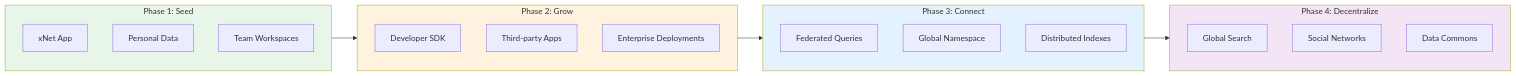
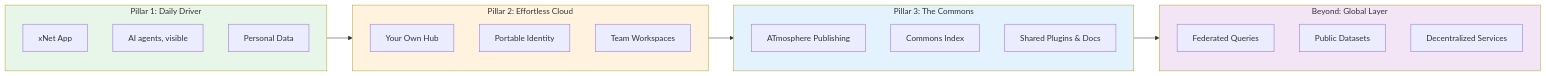
The second of 5 diagrams in docs/VISION.md (crs48/xNet), drawn with Mermaid before and after one commit. The commit also changed other lines of this file, not shown here.

First line of the commit message:
docs: refresh VISION.md to v2.0 — AI under glass, ATmosphere, commons Index, essay weave

````diff
--- a/docs/VISION.md
+++ b/docs/VISION.md
@@ -102,33 +150,33 @@
 ```mermaid
 flowchart LR
-    subgraph PHASE1["Phase 1: Seed"]
-        XNOTES["xNet App"]
+    subgraph PILLAR1["Pillar 1: Daily Driver"]
+        APP["xNet App"]
+        AI["AI agents, visible"]
         PERSONAL["Personal Data"]
+    end
+
+    subgraph PILLAR2["Pillar 2: Effortless Cloud"]
+        HUB["Your Own Hub"]
+        IDENTITY2["Portable Identity"]
         TEAMS["Team Workspaces"]
     end
 
-    subgraph PHASE2["Phase 2: Grow"]
-        SDK["Developer SDK"]
-        APPS["Third-party Apps"]
-        ENTERPRISE["Enterprise Deployments"]
+    subgraph PILLAR3["Pillar 3: The Commons"]
+        ATMOSPHERE["ATmosphere Publishing"]
+        INDEX2["Commons Index"]
+        CIRCULATION["Shared Plugins & Docs"]
     end
 
-    subgraph PHASE3["Phase 3: Connect"]
+    subgraph BEYOND["Beyond: Global Layer"]
         FEDERATION["Federated Queries"]
-        NAMESPACE["Global Namespace"]
-        INDEXES["Distributed Indexes"]
+        DATASETS2["Public Datasets"]
+        SERVICES["Decentralized Services"]
     end
 
-    subgraph PHASE4["Phase 4: Decentralize"]
-        SEARCH["Global Search"]
-        SOCIAL["Social Networks"]
-        COMMONS["Data Commons"]
-    end
+    PILLAR1 --> PILLAR2 --> PILLAR3 --> BEYOND
 
-    PHASE1 --> PHASE2 --> PHASE3 --> PHASE4
-
-    style PHASE1 fill:#e8f5e9
-    style PHASE2 fill:#fff3e0
-    style PHASE3 fill:#e3f2fd
-    style PHASE4 fill:#f3e5f5
+    style PILLAR1 fill:#e8f5e9
+    style PILLAR2 fill:#fff3e0
+    style PILLAR3 fill:#e3f2fd
+    style BEYOND fill:#f3e5f5
 ```
````
